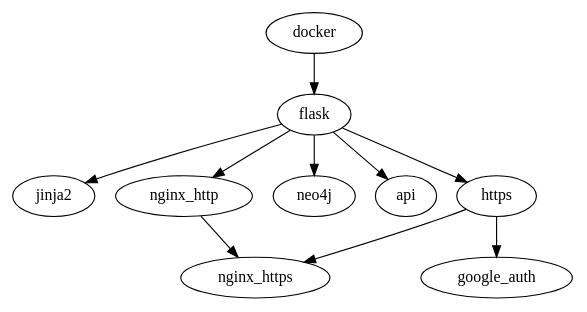
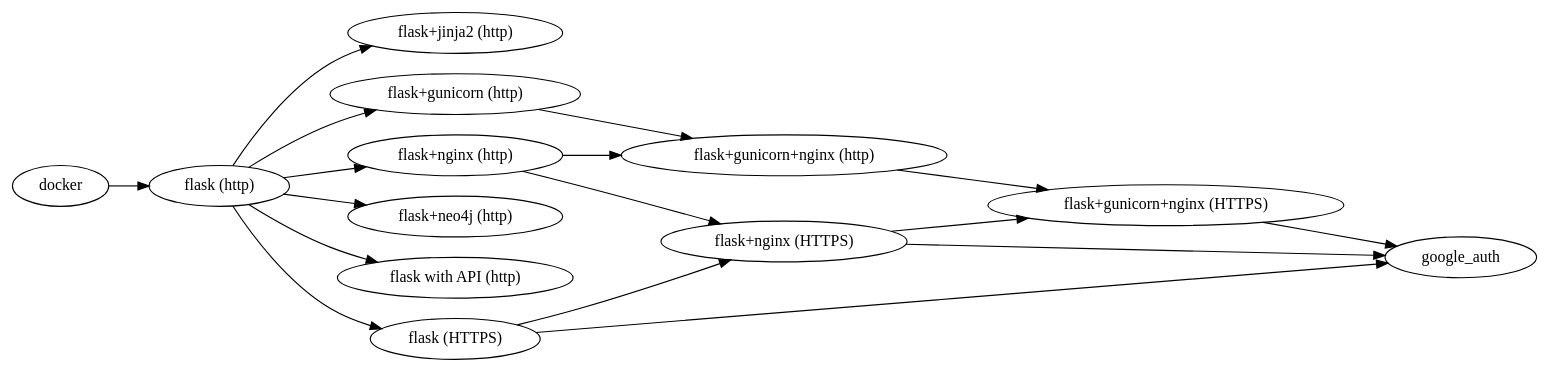
Before and after one commit to allofphysicsgraph/pdg_essential_demo_docker: the diagram in tutorials_dependency_graph.dot, drawn with Graphviz.

Commit message:
more detailed steps

```diff
--- a/tutorials_dependency_graph.dot
+++ b/tutorials_dependency_graph.dot
@@ -1,30 +1,45 @@
 digraph G {
+
+rankdir="LR";
 
 docker [URL="https://github.com/allofphysicsgraph/pdg_essential_demo_docker"];
 
-flask [URL="https://github.com/allofphysicsgraph/pdg_essential_demo_flask_website"];
+flask [label="flask (http)" URL="https://github.com/allofphysicsgraph/pdg_essential_demo_flask_website"];
 docker -> flask;
 
-jinja2 [URL="https://github.com/allofphysicsgraph/pdg_essential_demo_jinja2"];
-flask -> jinja2;
+flaskPLUSjinja2 [label="flask+jinja2 (http)" URL="https://github.com/allofphysicsgraph/pdg_essential_demo_jinja2"];
+flask -> flaskPLUSjinja2;
 
-nginx_http [URL=""];
-flask -> nginx_http;
+flaskPLUSnginx_http [label="flask+nginx (http)" URL=""];
+flask -> flaskPLUSnginx_http;
 
-neo4j [URL="https://github.com/allofphysicsgraph/pdg_essential_demo_neo4j_and_flask"];
-flask -> neo4j;
+flaskPLUSgunicorn_http [label="flask+gunicorn (http)" URL=""];
+flask -> flaskPLUSgunicorn_http;
 
-api [URL="https://github.com/allofphysicsgraph/pdg_essential_demo_api"];
+flaskPLUSneo4j_http [label="flask+neo4j (http)" URL="https://github.com/allofphysicsgraph/pdg_essential_demo_neo4j_and_flask"];
+flask -> flaskPLUSneo4j_http;
+
+flaskPLUSgunicornPLUSnginx_http [label="flask+gunicorn+nginx (http)" URL=""];
+flaskPLUSgunicorn_http -> flaskPLUSgunicornPLUSnginx_http;
+flaskPLUSnginx_http -> flaskPLUSgunicornPLUSnginx_http;
+
+api [label="flask with API (http)" URL="https://github.com/allofphysicsgraph/pdg_essential_demo_api"];
 flask -> api;
 
-https [URL=""];
+https [label="flask (HTTPS)" URL=""];
 flask -> https;
 
-nginx_https [URL=""];
-nginx_http -> nginx_https;
-https -> nginx_https;
+flaskPLUSgunicornPLUSnginx_https [label="flask+gunicorn+nginx (HTTPS)" URL=""];
+flaskPLUSgunicornPLUSnginx_http -> flaskPLUSgunicornPLUSnginx_https;
 
-google_auth [URL="https://github.com/allofphysicsgraph/pdg_essential_demo_google_auth"];
+flaskPLUSnginx_https [label="flask+nginx (HTTPS)" URL=""];
+flaskPLUSnginx_http -> flaskPLUSnginx_https;
+https -> flaskPLUSnginx_https;
+flaskPLUSnginx_https -> flaskPLUSgunicornPLUSnginx_https;
+
+google_auth [URL="https://github.com/allofphysicsgraph/pdg_essential_demo_google_auth" URL=""];
 https -> google_auth;
+flaskPLUSnginx_https -> google_auth;
+flaskPLUSgunicornPLUSnginx_https -> google_auth;
 
 }
```
